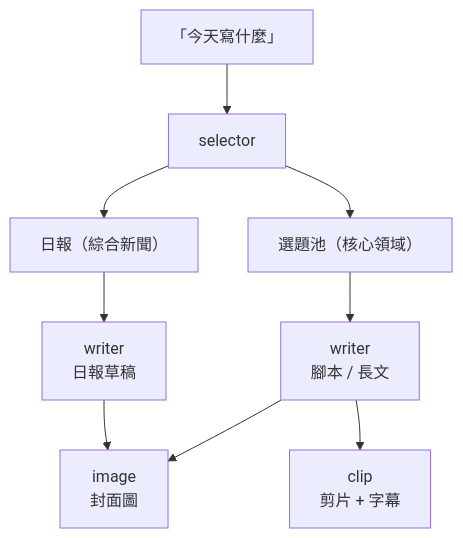
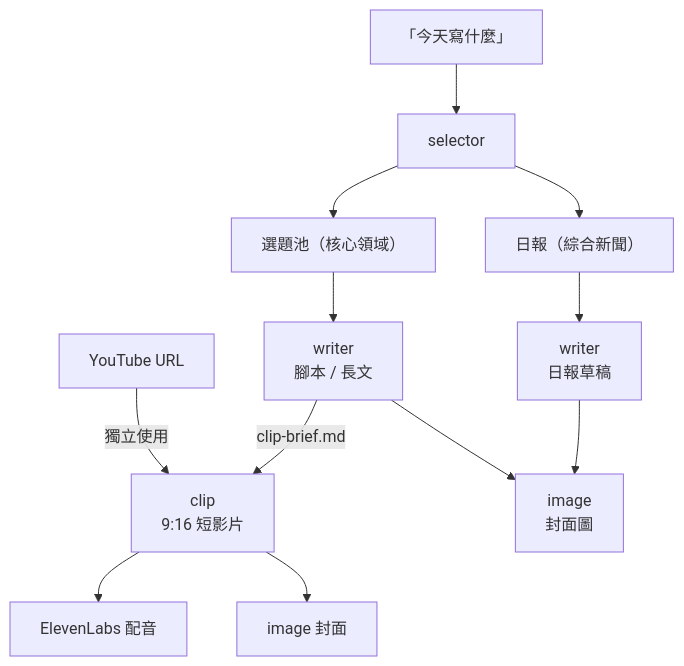
One commit to chyyynh/content-skills changed the diagram in README.md. Above: the diagram before and after it, drawn with Mermaid. The commit also changed other lines of this file, not shown here.

Commit message:
docs: update README for clip 1.1.0 — short video pipeline, ElevenLabs, AI cover

````diff
--- a/README.md
+++ b/README.md
@@ -120,11 +152,14 @@
 ```mermaid
 graph TD
     A["「今天寫什麼」"] --> B[selector]
     B --> C["日報（綜合新聞）"]
     B --> D["選題池（核心領域）"]
     C --> E[writer<br/>日報草稿]
     D --> F[writer<br/>腳本 / 長文]
-    F --> G[clip<br/>剪片 + 字幕]
+    F -->|clip-brief.md| G[clip<br/>9:16 短影片]
+    G --> G1[ElevenLabs 配音]
+    G --> G2[image 封面]
     E --> H[image<br/>封面圖]
     F --> H
+    I["YouTube URL"] -->|獨立使用| G
 ```
````
